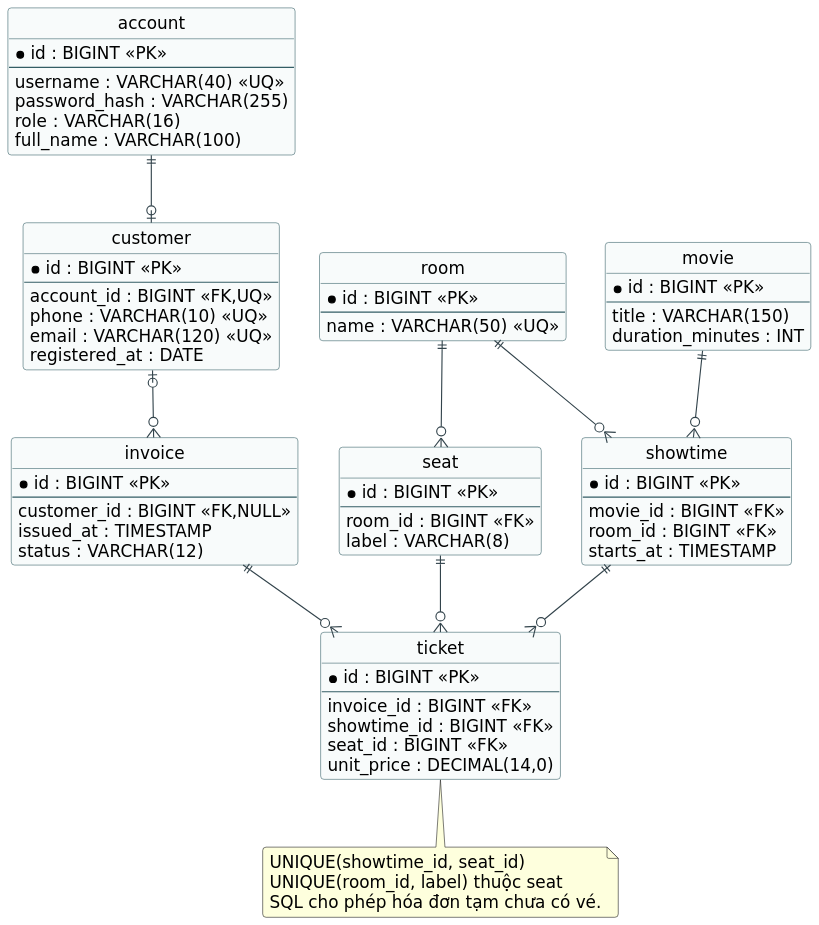
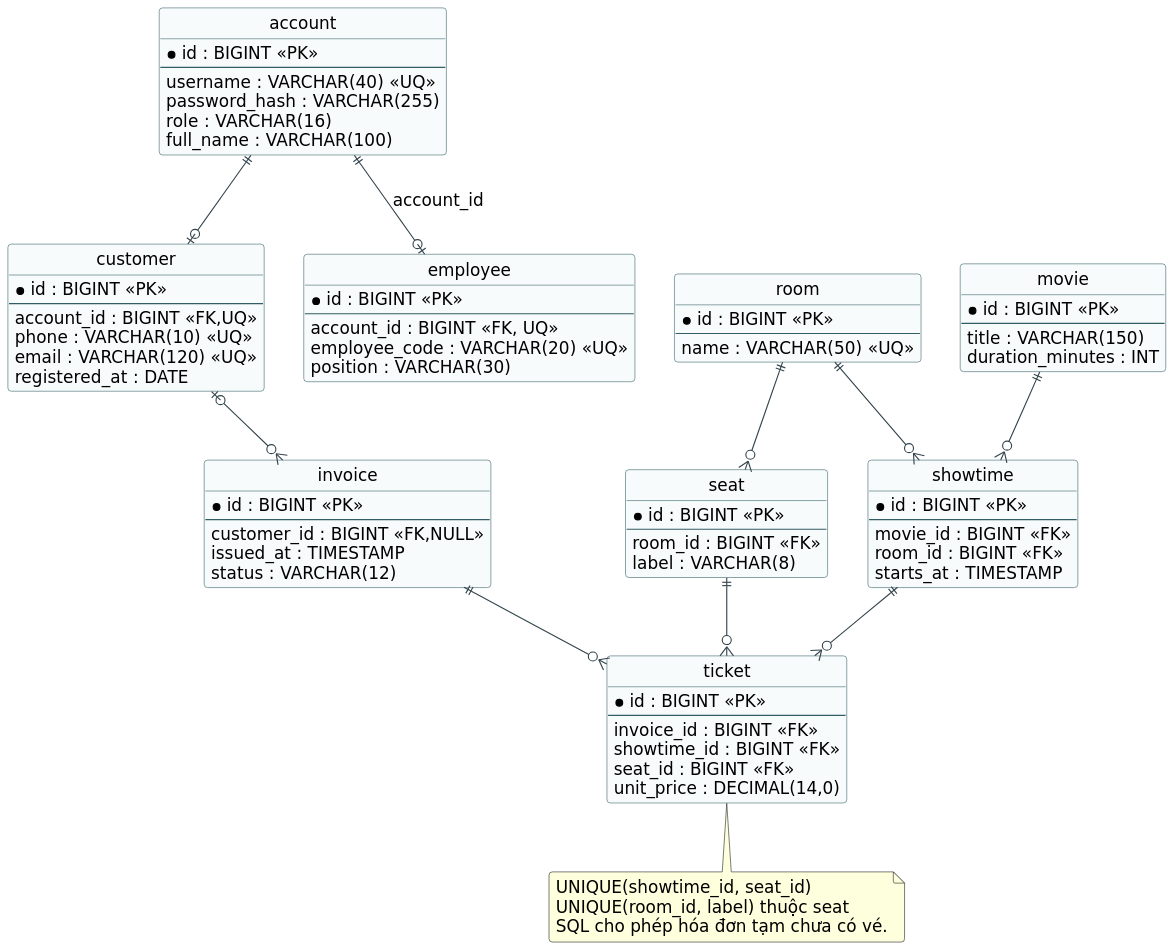
One commit to tinhatinh/PTTK changed the diagram in uml/thiet-ke/13-database.puml. Above: the diagram before and after it, drawn with PlantUML. The commit also changed 97 other files, not shown here.

Commit message:
Finalize CineMan analysis design diagrams and report

```diff
--- a/uml/thiet-ke/13-database.puml
+++ b/uml/thiet-ke/13-database.puml
@@ -1,84 +1,92 @@
 @startuml 13-database
 skinparam defaultFontName DejaVu Sans
 skinparam defaultFontSize 15
 skinparam shadowing false
 skinparam backgroundColor white
 skinparam ArrowColor #33444C
 skinparam classBackgroundColor #F8FBFB
 skinparam classBorderColor #335D64
 skinparam packageBorderColor #60757D
 skinparam roundcorner 6
 skinparam dpi 150
 skinparam maxMessageSize 180
 hide empty members
 hide circle
 hide methods
 entity account {
  *id : BIGINT <<PK>>
 --
 username : VARCHAR(40) <<UQ>>
 password_hash : VARCHAR(255)
 role : VARCHAR(16)
 full_name : VARCHAR(100)
 }
 entity customer {
  *id : BIGINT <<PK>>
 --
 account_id : BIGINT <<FK,UQ>>
 phone : VARCHAR(10) <<UQ>>
 email : VARCHAR(120) <<UQ>>
 registered_at : DATE
 }
 entity movie {
  *id : BIGINT <<PK>>
 --
 title : VARCHAR(150)
 duration_minutes : INT
 }
 entity room {
  *id : BIGINT <<PK>>
 --
 name : VARCHAR(50) <<UQ>>
 }
 entity seat {
  *id : BIGINT <<PK>>
 --
 room_id : BIGINT <<FK>>
 label : VARCHAR(8)
 }
 entity showtime {
  *id : BIGINT <<PK>>
 --
 movie_id : BIGINT <<FK>>
 room_id : BIGINT <<FK>>
 starts_at : TIMESTAMP
 }
 entity invoice {
  *id : BIGINT <<PK>>
 --
 customer_id : BIGINT <<FK,NULL>>
 issued_at : TIMESTAMP
 status : VARCHAR(12)
 }
 entity ticket {
  *id : BIGINT <<PK>>
 --
 invoice_id : BIGINT <<FK>>
 showtime_id : BIGINT <<FK>>
 seat_id : BIGINT <<FK>>
 unit_price : DECIMAL(14,0)
 }
 account ||--o| customer
 customer |o--o{ invoice
 invoice ||--o{ ticket
 movie ||--o{ showtime
 room ||--o{ showtime
 room ||--o{ seat
 showtime ||--o{ ticket
 seat ||--o{ ticket
 note bottom of ticket
 UNIQUE(showtime_id, seat_id)
 UNIQUE(room_id, label) thuộc seat
 SQL cho phép hóa đơn tạm chưa có vé.
 end note
+entity employee {
+ *id : BIGINT <<PK>>
+ --
+ account_id : BIGINT <<FK, UQ>>
+ employee_code : VARCHAR(20) <<UQ>>
+ position : VARCHAR(30)
+}
+account ||--o| employee : account_id
 @enduml
```
